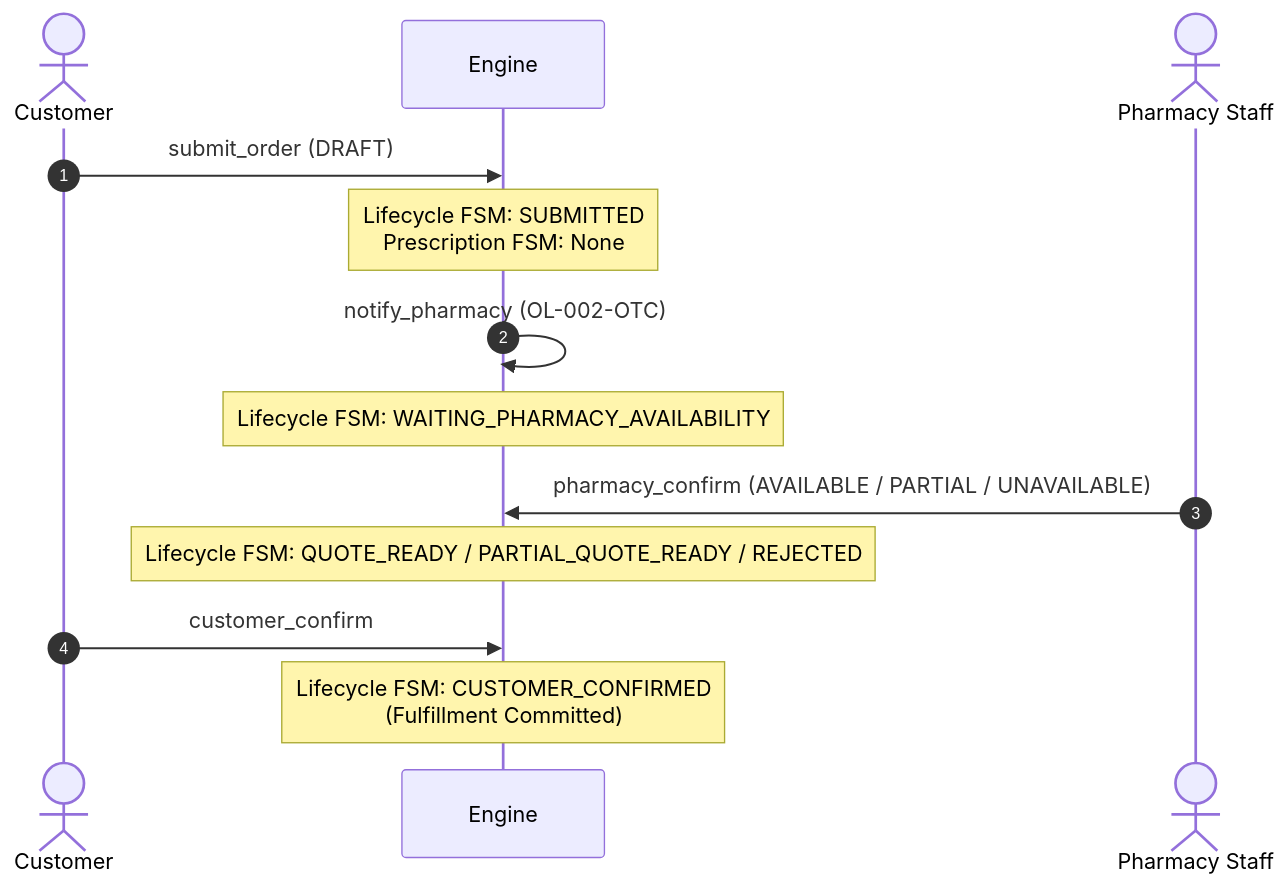
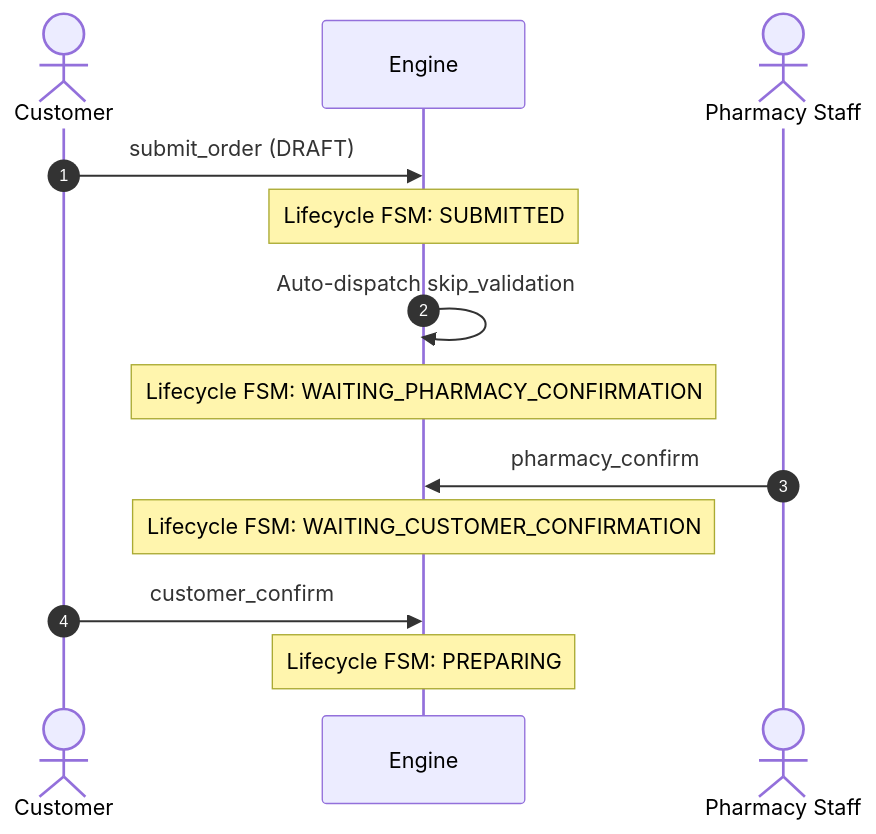
Before and after one commit to s-samarawickrama/order-state-machine-demo: the second of 3 diagrams in docs/order_scenarios_guide.md, drawn with Mermaid. The commit also changed other lines of this file and 12 other files, not shown here.

Commit message:
feat: migrate system to 2-FSM architecture with corrected payment flow and customer confirms label

````diff
--- a/docs/order_scenarios_guide.md
+++ b/docs/order_scenarios_guide.md
@@ -33,16 +26,16 @@
 ```mermaid
 sequenceDiagram
     autonumber
     actor Customer
     participant Engine
     actor Staff as Pharmacy Staff
 
     Customer->>Engine: submit_order (DRAFT)
-    Note over Engine: Lifecycle FSM: SUBMITTED<br/>Prescription FSM: None
-    Engine->>Engine: notify_pharmacy (OL-002-OTC)
-    Note over Engine: Lifecycle FSM: WAITING_PHARMACY_AVAILABILITY
-    Staff->>Engine: pharmacy_confirm (AVAILABLE / PARTIAL / UNAVAILABLE)
-    Note over Engine: Lifecycle FSM: QUOTE_READY / PARTIAL_QUOTE_READY / REJECTED
+    Note over Engine: Lifecycle FSM: SUBMITTED
+    Engine->>Engine: Auto-dispatch skip_validation
+    Note over Engine: Lifecycle FSM: WAITING_PHARMACY_CONFIRMATION
+    Staff->>Engine: pharmacy_confirm
+    Note over Engine: Lifecycle FSM: WAITING_CUSTOMER_CONFIRMATION
     Customer->>Engine: customer_confirm
-    Note over Engine: Lifecycle FSM: CUSTOMER_CONFIRMED<br/>(Fulfillment Committed)
+    Note over Engine: Lifecycle FSM: PREPARING
 ```
````
